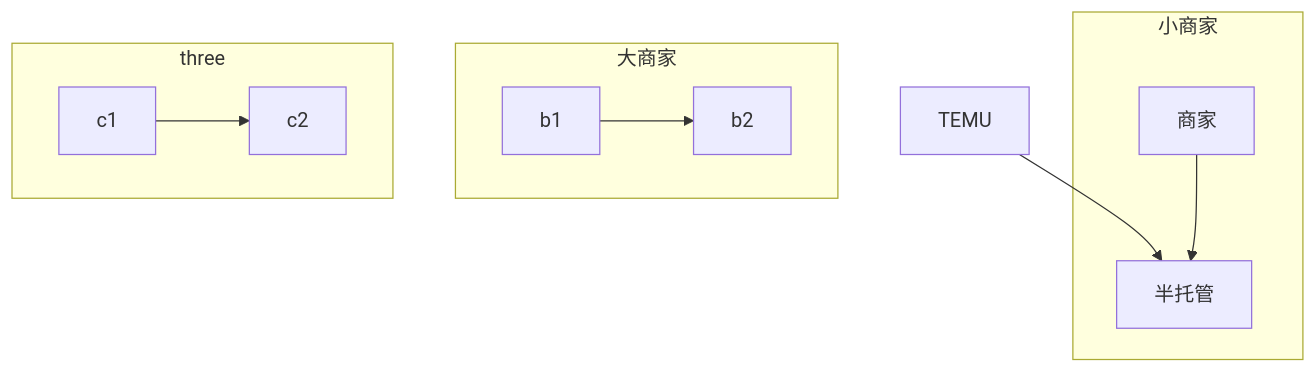
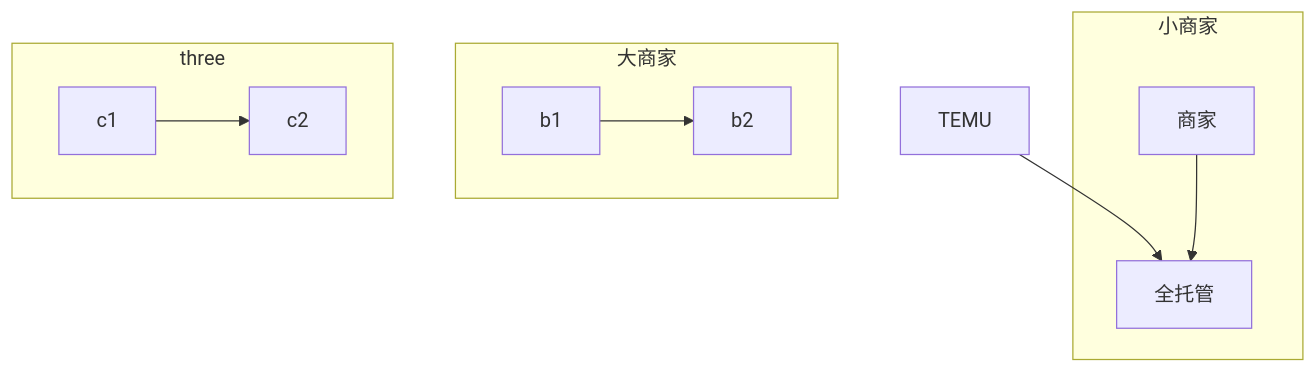
One commit to Zora0203/iodraw-files changed the diagram in all/TEMU链路图.md. Above: the diagram before and after it, drawn with Mermaid.

Commit message:
2024-12-06 16:26:45 update

````diff
--- a/all/TEMU链路图.md
+++ b/all/TEMU链路图.md
@@ -1,15 +1,15 @@
 ```mermaid
 
 
 flowchart TB
-    TEMU-->半托管
+    TEMU-->全托管
     subgraph 小商家
-    商家-->半托管
+    商家-->全托管
     end
     subgraph 大商家
     b1-->b2
     end
     subgraph three
     c1-->c2
     end
 ```
````
